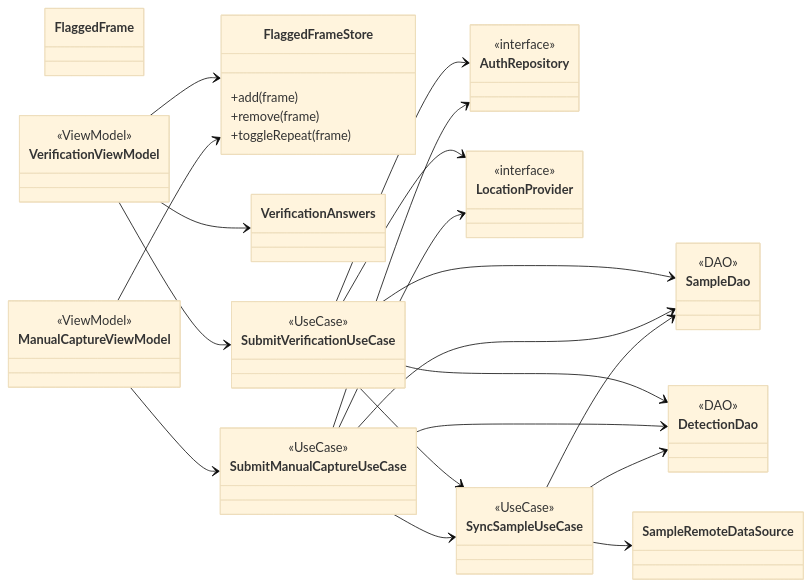
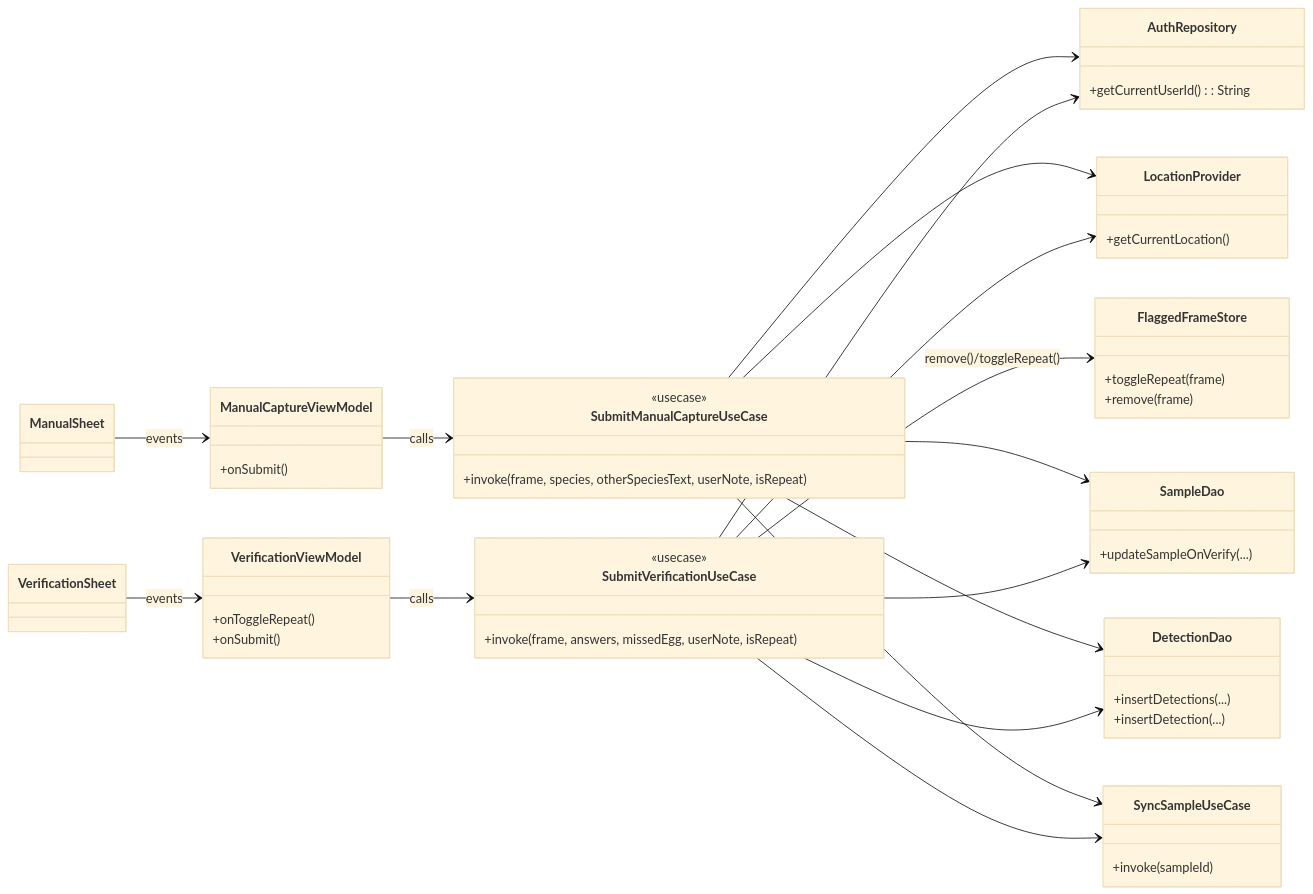
The diagram in docs/class/2.2.md (Joryuoo/AgarthaVision), drawn with Mermaid (base theme) before and after one commit. The commit also changed 11 other files, not shown here.

Commit message:
docs: sequence diagram in mermaid

````diff
--- a/docs/class/2.2.md
+++ b/docs/class/2.2.md
@@ -3,48 +3,69 @@
 ```mermaid
 classDiagram
 direction LR
 
-class FlaggedFrame
-class FlaggedFrameStore {
-  +add(frame)
-  +remove(frame)
-  +toggleRepeat(frame)
+class VerificationSheet
+class ManualSheet
+
+class VerificationViewModel {
+  +onToggleRepeat()
+  +onSubmit()
 }
 
-class VerificationAnswers
+class ManualCaptureViewModel {
+  +onSubmit()
+}
 
-class VerificationViewModel <<ViewModel>>
-VerificationViewModel --> FlaggedFrameStore
-VerificationViewModel --> SubmitVerificationUseCase
-VerificationViewModel --> VerificationAnswers
+class FlaggedFrameStore {
+  +toggleRepeat(frame)
+  +remove(frame)
+}
 
-class ManualCaptureViewModel <<ViewModel>>
-ManualCaptureViewModel --> FlaggedFrameStore
-ManualCaptureViewModel --> SubmitManualCaptureUseCase
+class SubmitVerificationUseCase {
+  <<usecase>>
+  +invoke(frame, answers, missedEgg, userNote, isRepeat)
+}
 
-class SubmitVerificationUseCase <<UseCase>>
+class SubmitManualCaptureUseCase {
+  <<usecase>>
+  +invoke(frame, species, otherSpeciesText, userNote, isRepeat)
+}
+
+class AuthRepository {
+  +getCurrentUserId(): String
+}
+
+class LocationProvider {
+  +getCurrentLocation()
+}
+
+class SampleDao {
+  +updateSampleOnVerify(...)
+}
+
+class DetectionDao {
+  +insertDetections(...)
+  +insertDetection(...)
+}
+
+class SyncSampleUseCase {
+  +invoke(sampleId)
+}
+
+VerificationSheet --> VerificationViewModel : events
+ManualSheet --> ManualCaptureViewModel : events
+VerificationViewModel --> SubmitVerificationUseCase : calls
+ManualCaptureViewModel --> SubmitManualCaptureUseCase : calls
 SubmitVerificationUseCase --> AuthRepository
+SubmitVerificationUseCase --> LocationProvider
 SubmitVerificationUseCase --> SampleDao
 SubmitVerificationUseCase --> DetectionDao
-SubmitVerificationUseCase --> LocationProvider
 SubmitVerificationUseCase --> SyncSampleUseCase
+SubmitVerificationUseCase --> FlaggedFrameStore : remove()/toggleRepeat()
 
-class SubmitManualCaptureUseCase <<UseCase>>
 SubmitManualCaptureUseCase --> AuthRepository
+SubmitManualCaptureUseCase --> LocationProvider
 SubmitManualCaptureUseCase --> SampleDao
 SubmitManualCaptureUseCase --> DetectionDao
-SubmitManualCaptureUseCase --> LocationProvider
 SubmitManualCaptureUseCase --> SyncSampleUseCase
-
-class SyncSampleUseCase <<UseCase>>
-SyncSampleUseCase --> SampleRemoteDataSource
-SyncSampleUseCase --> SampleDao
-SyncSampleUseCase --> DetectionDao
-
-class SampleRemoteDataSource
-
-class AuthRepository <<interface>>
-class LocationProvider <<interface>>
-class SampleDao <<DAO>>
-class DetectionDao <<DAO>>
 ```
````
